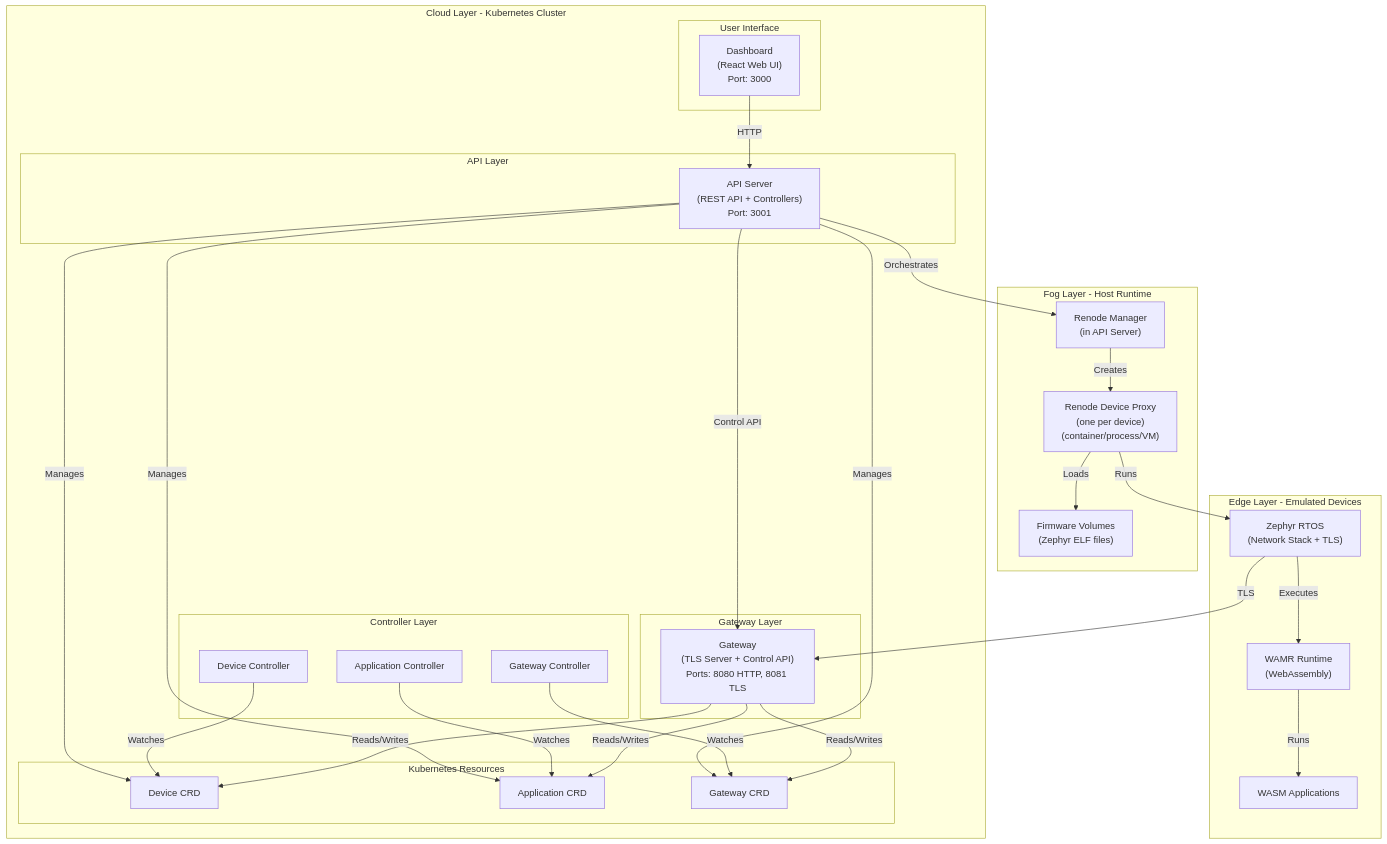
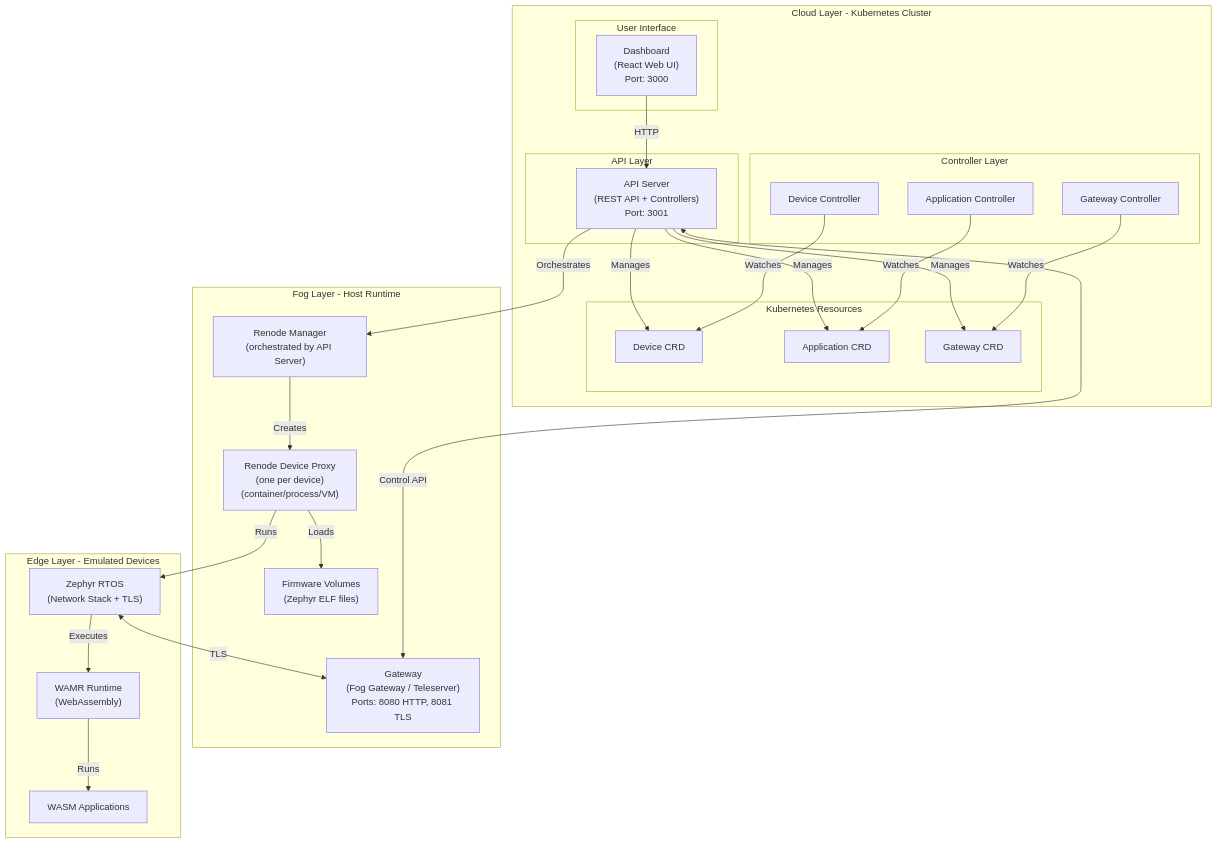
The first of 3 diagrams in README_TO_BE_DONE.MD (lucadagati/retrospect), drawn with Mermaid before and after one commit. The commit also changed other lines of this file, not shown here.

First line of the commit message:
Update README with revised architecture and flow

````diff
--- a/README_TO_BE_DONE.MD
+++ b/README_TO_BE_DONE.MD
@@ -38,74 +38,66 @@
 ```mermaid
 graph TB
     subgraph "Cloud Layer - Kubernetes Cluster"
         subgraph "User Interface"
             Dashboard["Dashboard<br/>(React Web UI)<br/>Port: 3000"]
         end
-        
+
         subgraph "API Layer"
             APIServer["API Server<br/>(REST API + Controllers)<br/>Port: 3001"]
         end
-        
-        subgraph "Gateway Layer"
-            Gateway["Gateway<br/>(TLS Server + Control API)<br/>Ports: 8080 HTTP, 8081 TLS"]
-        end
-        
+
         subgraph "Controller Layer"
             DeviceCtrl["Device Controller"]
             AppCtrl["Application Controller"]
             GatewayCtrl["Gateway Controller"]
         end
-        
+
         subgraph "Kubernetes Resources"
             DeviceCRD["Device CRD"]
             AppCRD["Application CRD"]
             GatewayCRD["Gateway CRD"]
         end
     end
-    
+
     subgraph "Fog Layer - Host Runtime"
-        RenodeMgr["Renode Manager<br/>(in API Server)"]
+        Gateway["Gateway<br/>(Fog Gateway / Teleserver)<br/>Ports: 8080 HTTP, 8081 TLS"]
+        RenodeMgr["Renode Manager<br/>(orchestrated by API Server)"]
         DevProxy["Renode Device Proxy<br/>(one per device)<br/>(container/process/VM)"]
         FirmwareVol["Firmware Volumes<br/>(Zephyr ELF files)"]
     end
-    
+
     subgraph "Edge Layer - Emulated Devices"
         Zephyr["Zephyr RTOS<br/>(Network Stack + TLS)"]
         WAMR["WAMR Runtime<br/>(WebAssembly)"]
         WASMApp["WASM Applications"]
     end
-    
+
     %% UI -> API
     Dashboard -->|HTTP| APIServer
-    
+
     %% API -> CRDs
     APIServer -->|Manages| DeviceCRD
     APIServer -->|Manages| AppCRD
     APIServer -->|Manages| GatewayCRD
-    
+
     %% Controllers watch CRDs
     DeviceCtrl -->|Watches| DeviceCRD
     AppCtrl -->|Watches| AppCRD
     GatewayCtrl -->|Watches| GatewayCRD
-    
-    %% Gateway integrates with control-plane/CRDs (enrollment, routing, status)
-    Gateway -->|Reads/Writes| DeviceCRD
-    Gateway -->|Reads/Writes| AppCRD
-    Gateway -->|Reads/Writes| GatewayCRD
-    
-    %% API -> Gateway (control path)
-    APIServer -->|Control API| Gateway
-    
-    %% API orchestrates emulation
+
+    %% Control plane: Gateway <-> API Server
+    Gateway <--> |Control API| APIServer
+
+    %% Emulation chain
     APIServer -->|Orchestrates| RenodeMgr
     RenodeMgr -->|Creates| DevProxy
     DevProxy -->|Loads| FirmwareVol
     DevProxy -->|Runs| Zephyr
-    
+
     %% Runtime on device
     Zephyr -->|Executes| WAMR
     WAMR -->|Runs| WASMApp
-    
-    %% Device comms go via Gateway
-    Zephyr -->|TLS| Gateway
+
+    %% Data plane: Device <-> Gateway
+    Zephyr <--> |TLS| Gateway
 ```
````
